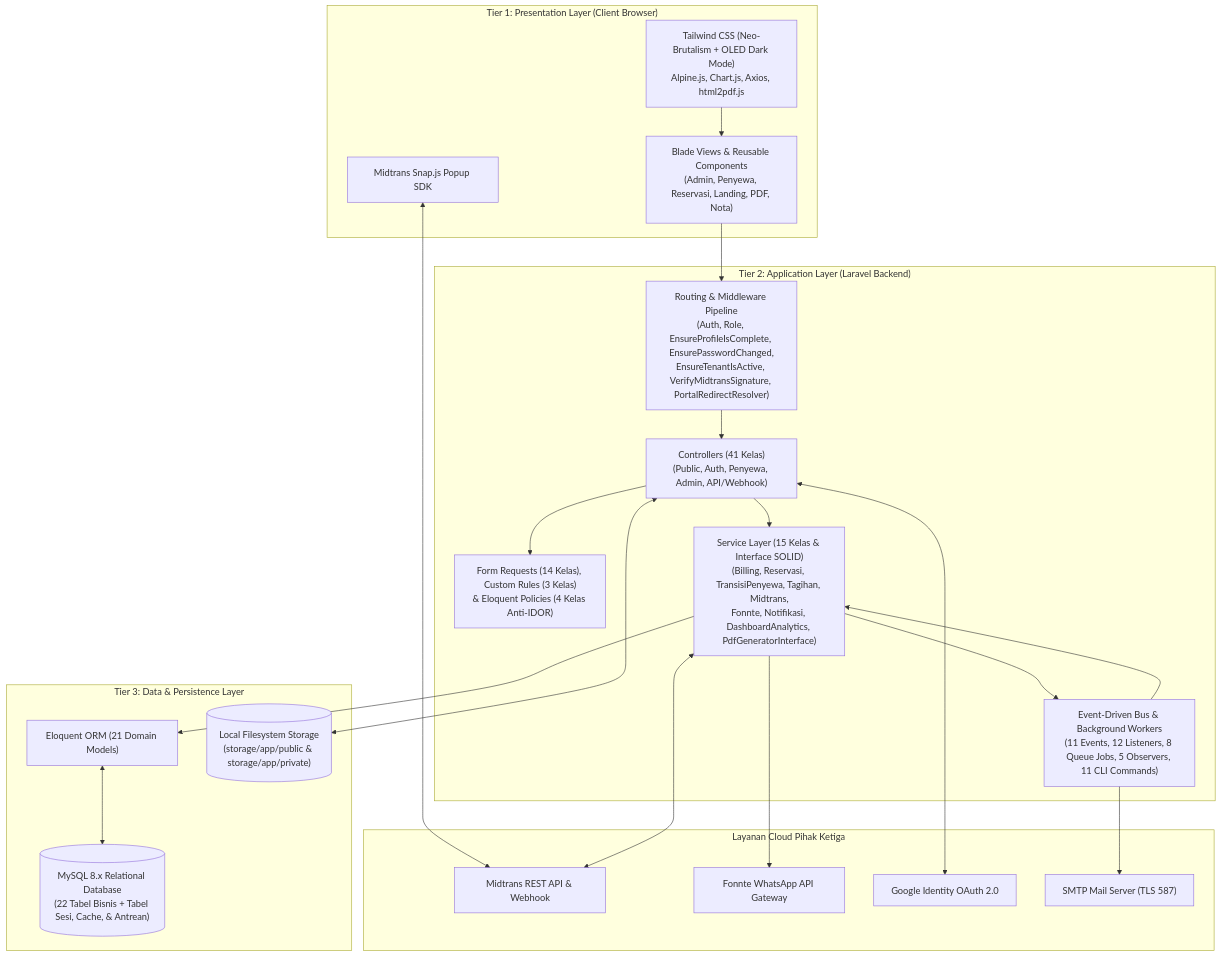
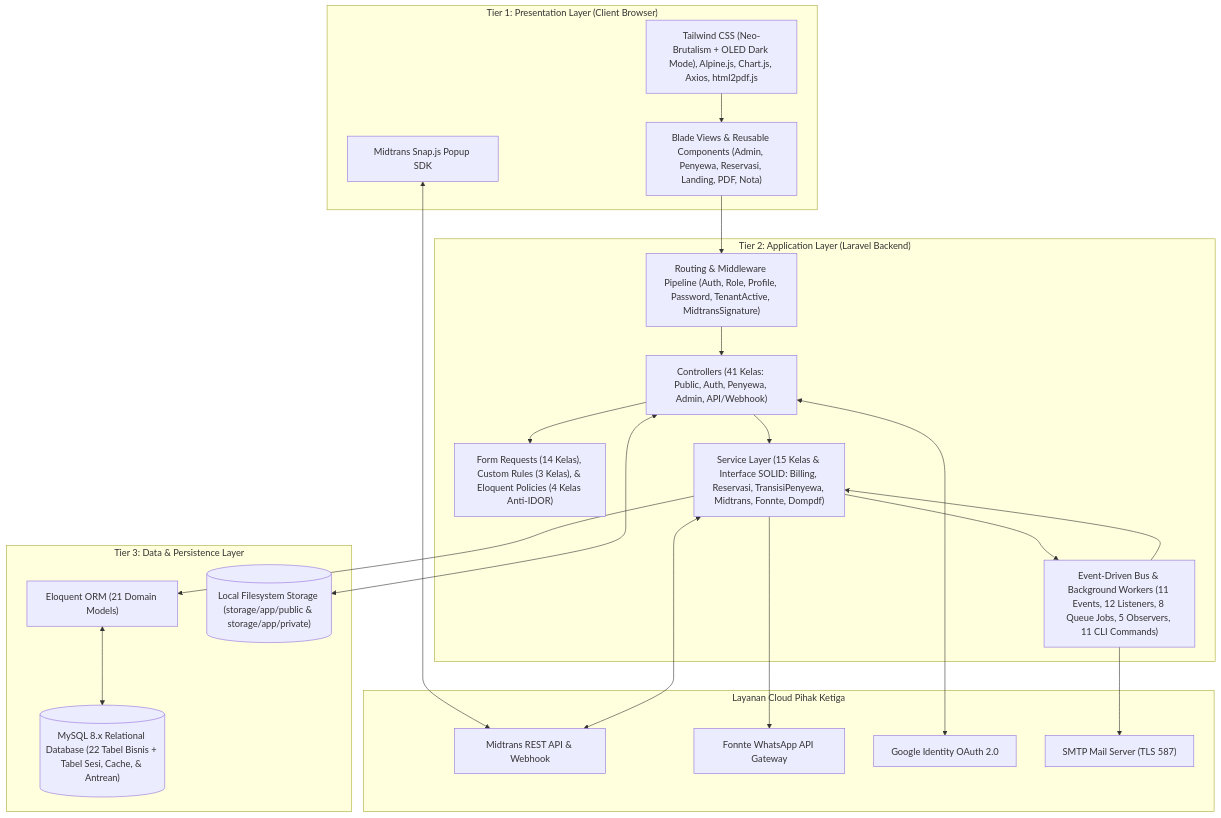
Before and after one commit to rafifarsyapradiva/asri-boarding-house: the fifth of 6 diagrams in Documentation/PRD-Asri-Boarding-House.md, drawn with Mermaid. The commit also changed other lines of this file, not shown here.

Commit message:
docs(prd): fix GitHub MathJax underscore rendering error and clean up Mermaid node labels in PRD-Asri-Boarding-House.md

````diff
--- a/Documentation/PRD-Asri-Boarding-House.md
+++ b/Documentation/PRD-Asri-Boarding-House.md
@@ -305,45 +305,45 @@
 ```mermaid
 flowchart TB
     subgraph Tier1 ["Tier 1: Presentation Layer (Client Browser)"]
-        BladeUI["Blade Views & Reusable Components<br/>(Admin, Penyewa, Reservasi, Landing, PDF, Nota)"]
-        AssetsUI["Tailwind CSS (Neo-Brutalism + OLED Dark Mode)<br/>Alpine.js, Chart.js, Axios, html2pdf.js"]
+        BladeUI["Blade Views & Reusable Components (Admin, Penyewa, Reservasi, Landing, PDF, Nota)"]
+        AssetsUI["Tailwind CSS (Neo-Brutalism + OLED Dark Mode), Alpine.js, Chart.js, Axios, html2pdf.js"]
         SnapClient["Midtrans Snap.js Popup SDK"]
     end
 
     subgraph Tier2 ["Tier 2: Application Layer (Laravel Backend)"]
-        Ingress["Routing & Middleware Pipeline<br/>(Auth, Role, EnsureProfileIsComplete, EnsurePasswordChanged,<br/>EnsureTenantIsActive, VerifyMidtransSignature, PortalRedirectResolver)"]
-        CtrlLayer["Controllers (41 Kelas)<br/>(Public, Auth, Penyewa, Admin, API/Webhook)"]
-        ValidPolicy["Form Requests (14 Kelas), Custom Rules (3 Kelas)<br/>& Eloquent Policies (4 Kelas Anti-IDOR)"]
-        ServiceLayer["Service Layer (15 Kelas & Interface SOLID)<br/>(Billing, Reservasi, TransisiPenyewa, Tagihan, Midtrans,<br/>Fonnte, Notifikasi, DashboardAnalytics, PdfGeneratorInterface)"]
-        EventQueue["Event-Driven Bus & Background Workers<br/>(11 Events, 12 Listeners, 8 Queue Jobs, 5 Observers, 11 CLI Commands)"]
+        Ingress["Routing & Middleware Pipeline (Auth, Role, Profile, Password, TenantActive, MidtransSignature)"]
+        CtrlLayer["Controllers (41 Kelas: Public, Auth, Penyewa, Admin, API/Webhook)"]
+        ValidPolicy["Form Requests (14 Kelas), Custom Rules (3 Kelas), & Eloquent Policies (4 Kelas Anti-IDOR)"]
+        ServiceLayer["Service Layer (15 Kelas & Interface SOLID: Billing, Reservasi, TransisiPenyewa, Midtrans, Fonnte, Dompdf)"]
+        EventQueue["Event-Driven Bus & Background Workers (11 Events, 12 Listeners, 8 Queue Jobs, 5 Observers, 11 CLI Commands)"]
     end
 
     subgraph Tier3 ["Tier 3: Data & Persistence Layer"]
         ORM["Eloquent ORM (21 Domain Models)"]
-        MySQL[("MySQL 8.x Relational Database<br/>(22 Tabel Bisnis + Tabel Sesi, Cache, & Antrean)")]
-        StorageDisk[("Local Filesystem Storage<br/>(storage/app/public & storage/app/private)")]
+        MySQL[("MySQL 8.x Relational Database (22 Tabel Bisnis + Tabel Sesi, Cache, & Antrean)")]
+        StorageDisk[("Local Filesystem Storage (storage/app/public & storage/app/private)")]
     end
 
     subgraph ExtGateways ["Layanan Cloud Pihak Ketiga"]
         MidtransCloud["Midtrans REST API & Webhook"]
         FonnteCloud["Fonnte WhatsApp API Gateway"]
         GoogleCloud["Google Identity OAuth 2.0"]
         SmtpCloud["SMTP Mail Server (TLS 587)"]
     end
 
     BladeUI --> Ingress
     AssetsUI --> BladeUI
     SnapClient <--> MidtransCloud
     Ingress --> CtrlLayer
     CtrlLayer --> ValidPolicy
     CtrlLayer --> ServiceLayer
     ServiceLayer --> ORM
     ServiceLayer --> EventQueue
     EventQueue --> ServiceLayer
     ORM <--> MySQL
     CtrlLayer <--> StorageDisk
     ServiceLayer <--> MidtransCloud
     ServiceLayer --> FonnteCloud
     CtrlLayer <--> GoogleCloud
     EventQueue --> SmtpCloud
 ```
````
